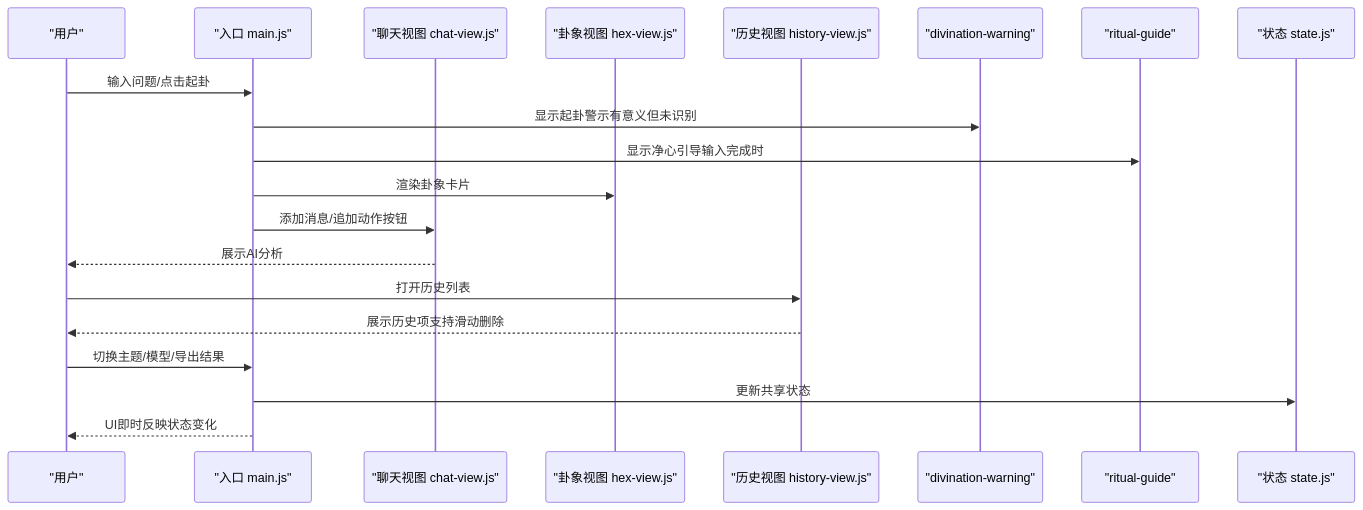
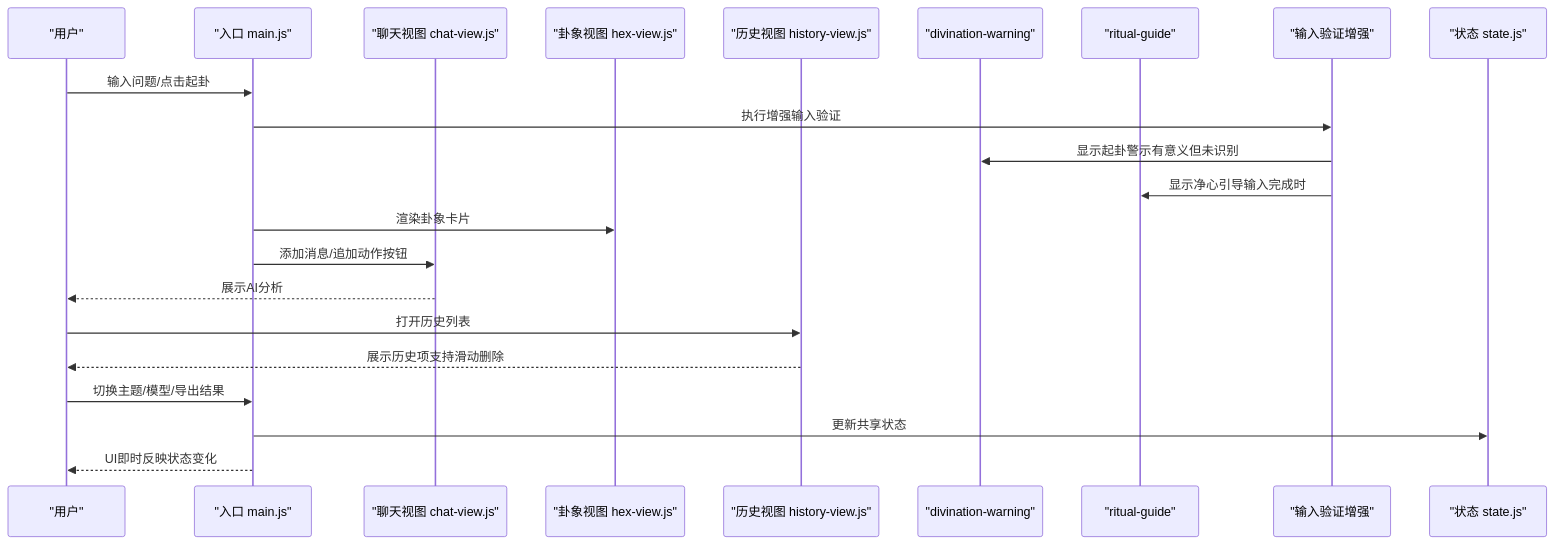
One commit to ghg618-ui/meihuayili-3.8 changed the second of 9 diagrams in .qoder/repowiki/zh/content/用户界面/用户界面.md. Above: the diagram before and after it, drawn with Mermaid. The commit also changed other lines of this file and 4 other files, not shown here.

````diff
--- a/.qoder/repowiki/zh/content/用户界面/用户界面.md
+++ b/.qoder/repowiki/zh/content/用户界面/用户界面.md
@@ -109,22 +110,24 @@
 ```mermaid
 sequenceDiagram
 participant U as "用户"
 participant M as "入口 main.js"
 participant C as "聊天视图 chat-view.js"
 participant H as "卦象视图 hex-view.js"
 participant R as "历史视图 history-view.js"
 participant W as "divination-warning"
 participant G as "ritual-guide"
+participant V as "输入验证增强"
 participant S as "状态 state.js"
 U->>M : 输入问题/点击起卦
-M->>W : 显示起卦警示有意义但未识别
-M->>G : 显示净心引导输入完成时
+M->>V : 执行增强输入验证
+V->>W : 显示起卦警示有意义但未识别
+V->>G : 显示净心引导输入完成时
 M->>H : 渲染卦象卡片
 M->>C : 添加消息/追加动作按钮
 C-->>U : 展示AI分析
 U->>R : 打开历史列表
 R-->>U : 展示历史项支持滑动删除
 U->>M : 切换主题/模型/导出结果
 M->>S : 更新共享状态
 M-->>U : UI即时反映状态变化
 ```
````
